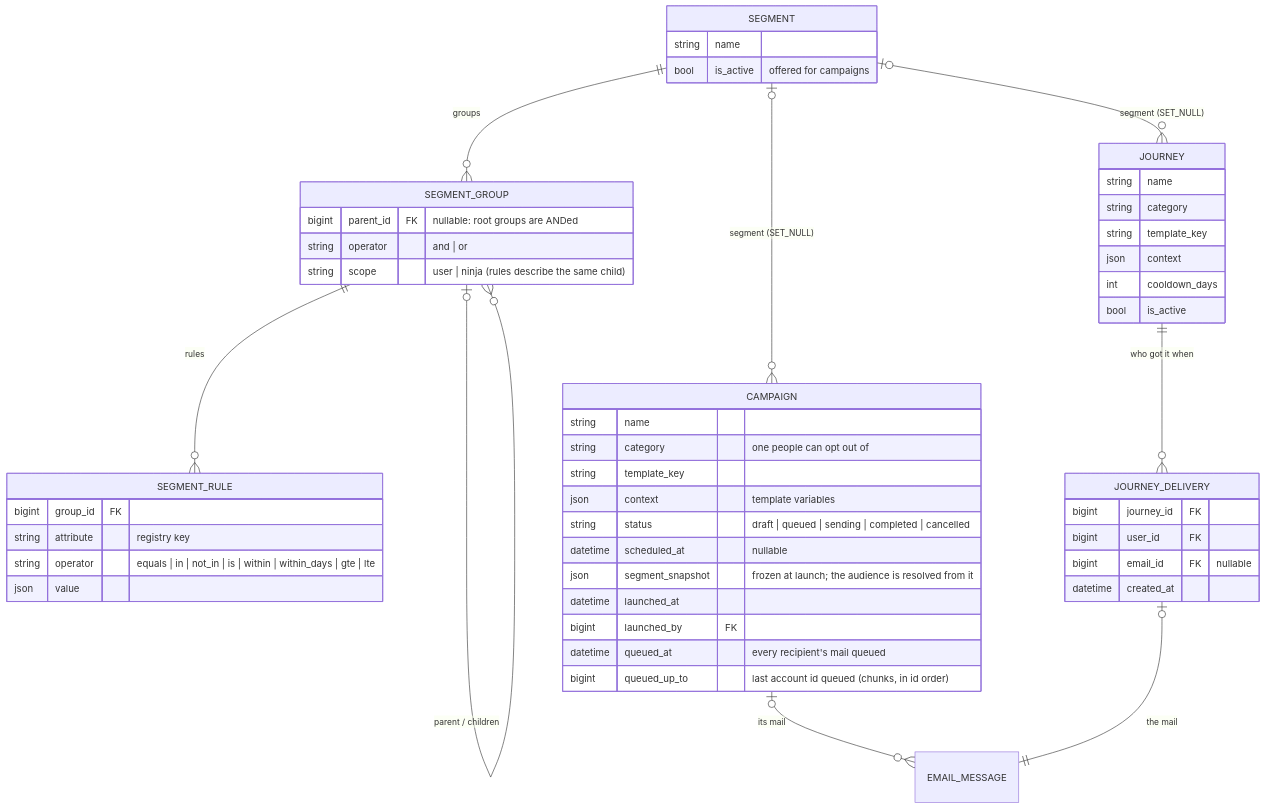
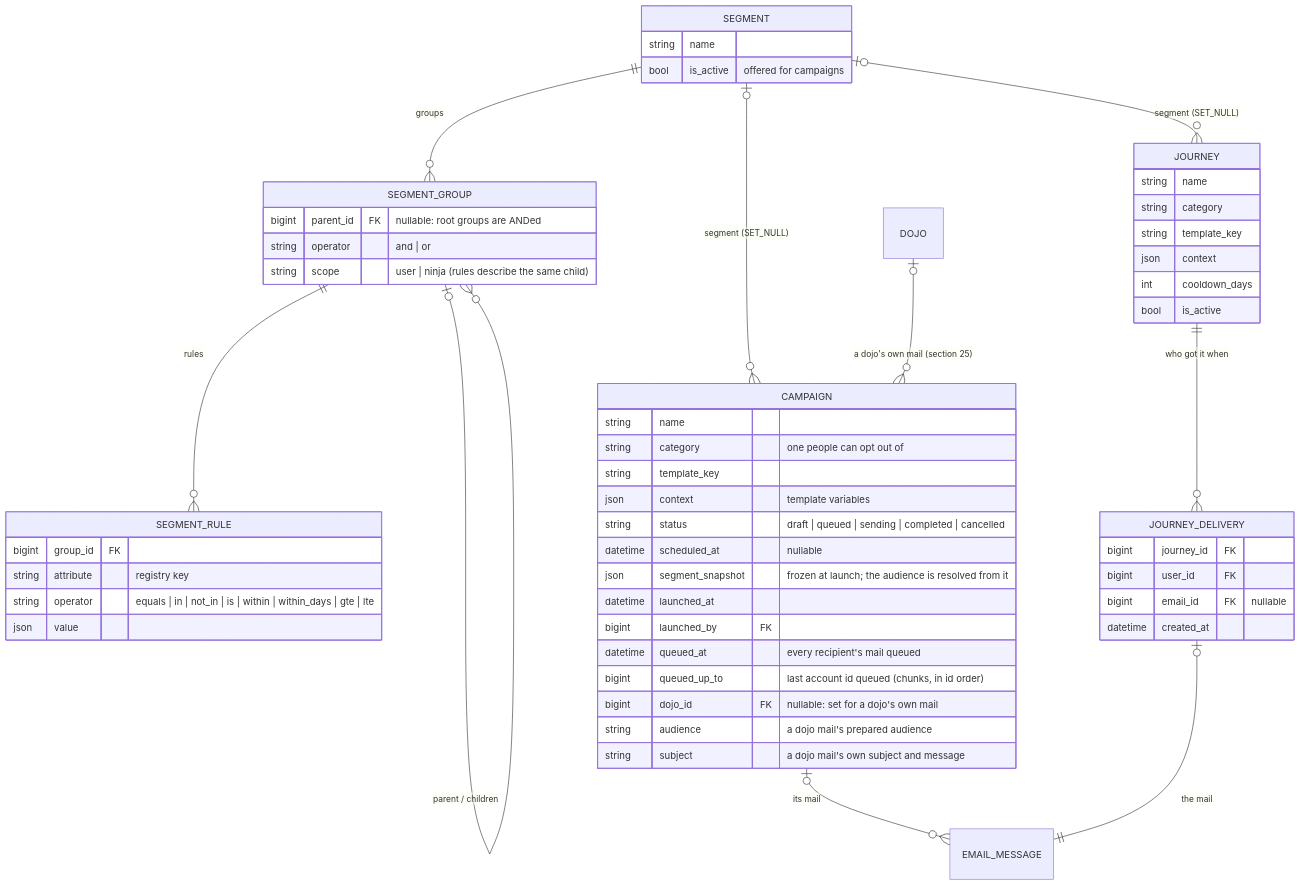
Before and after one commit to DoublG/coderdojo-event-registration: diagram 23 of 32 in DATA_MODEL.md, drawn with Mermaid. The commit also changed other lines of this file and 1 other file, not shown here.

First line of the commit message:
DATA_MODEL.md: diagrams caught up with the code

````diff
--- a/DATA_MODEL.md
+++ b/DATA_MODEL.md
@@ -1700,54 +1732,58 @@
 ```mermaid
 erDiagram
     SEGMENT ||--o{ SEGMENT_GROUP : "groups"
     SEGMENT_GROUP |o--o{ SEGMENT_GROUP : "parent / children"
     SEGMENT_GROUP ||--o{ SEGMENT_RULE : "rules"
     SEGMENT |o--o{ CAMPAIGN : "segment (SET_NULL)"
     SEGMENT |o--o{ JOURNEY : "segment (SET_NULL)"
+    DOJO |o--o{ CAMPAIGN : "a dojo's own mail (section 25)"
     CAMPAIGN |o--o{ EMAIL_MESSAGE : "its mail"
     JOURNEY ||--o{ JOURNEY_DELIVERY : "who got it when"
     JOURNEY_DELIVERY |o--|| EMAIL_MESSAGE : "the mail"
 
     SEGMENT {
         string name
         bool is_active "offered for campaigns"
     }
     SEGMENT_GROUP {
         bigint parent_id FK "nullable: root groups are ANDed"
         string operator "and | or"
         string scope "user | ninja (rules describe the same child)"
     }
     SEGMENT_RULE {
         bigint group_id FK
         string attribute "registry key"
         string operator "equals | in | not_in | is | within | within_days | gte | lte"
         json value
     }
     CAMPAIGN {
         string name
         string category "one people can opt out of"
         string template_key
         json context "template variables"
         string status "draft | queued | sending | completed | cancelled"
         datetime scheduled_at "nullable"
         json segment_snapshot "frozen at launch; the audience is resolved from it"
         datetime launched_at
         bigint launched_by FK
         datetime queued_at "every recipient's mail queued"
         bigint queued_up_to "last account id queued (chunks, in id order)"
+        bigint dojo_id FK "nullable: set for a dojo's own mail"
+        string audience "a dojo mail's prepared audience"
+        string subject "a dojo mail's own subject and message"
     }
     JOURNEY {
         string name
         string category
         string template_key
         json context
         int cooldown_days
         bool is_active
     }
     JOURNEY_DELIVERY {
         bigint journey_id FK
         bigint user_id FK
         bigint email_id FK "nullable"
         datetime created_at
     }
 ```
````
